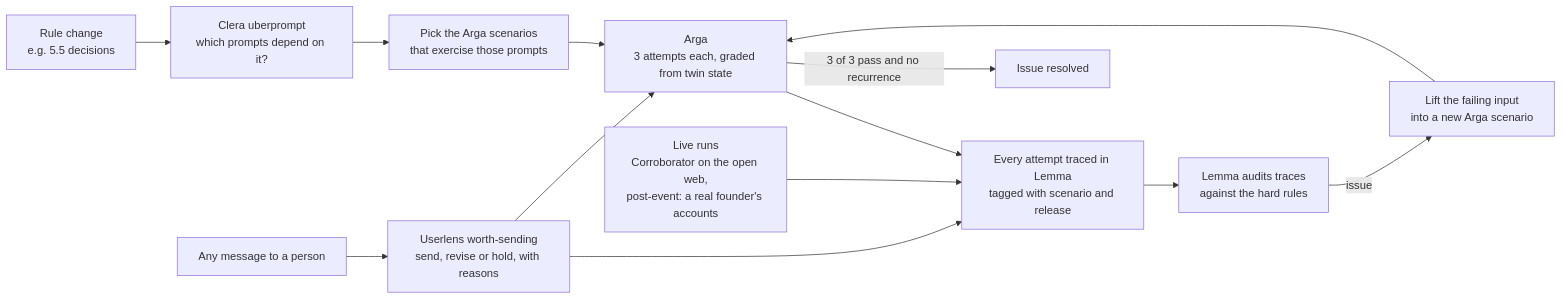
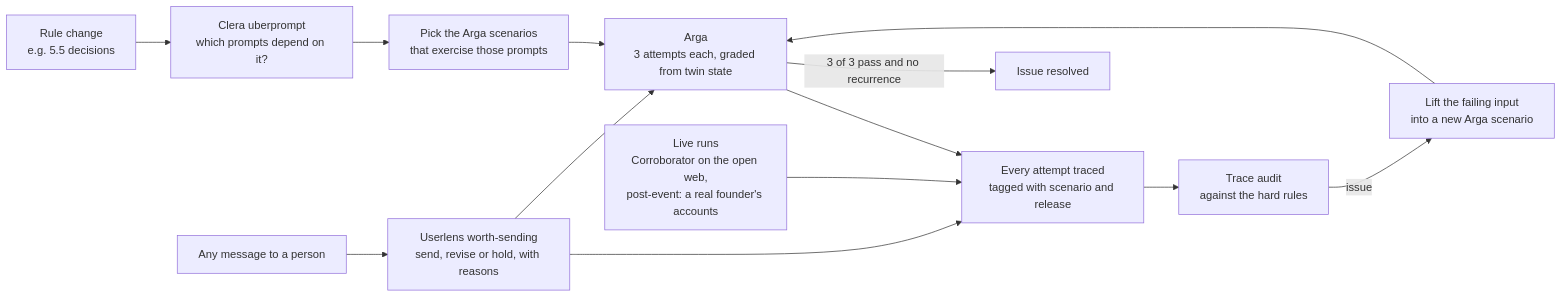
One commit to mehek-builds/exhibit changed the second of 2 diagrams in docs/PRD.md. Above: the diagram before and after it, drawn with Mermaid. The commit also changed other lines of this file and 29 other files, not shown here.

First line of the commit message:
Trace audit is Exhibit's own check; remove the external tracing service

````diff
--- a/docs/PRD.md
+++ b/docs/PRD.md
@@ -852,15 +850,15 @@
 ```mermaid
 flowchart LR
   CH[Rule change<br/>e.g. 5.5 decisions] --> UP[Clera uberprompt<br/>which prompts depend on it?]
   UP --> SC[Pick the Arga scenarios<br/>that exercise those prompts]
   SC --> AR[Arga<br/>3 attempts each, graded from twin state]
-  AR --> TR[Every attempt traced in Lemma<br/>tagged with scenario and release]
+  AR --> TR[Every attempt traced<br/>tagged with scenario and release]
   LIVE[Live runs<br/>Corroborator on the open web,<br/>post-event: a real founder's accounts] --> TR
-  TR --> LM[Lemma audits traces<br/>against the hard rules]
+  TR --> LM[Trace audit<br/>against the hard rules]
   LM -->|issue| FX[Lift the failing input<br/>into a new Arga scenario]
   FX --> AR
   AR -->|3 of 3 pass and no recurrence| RS[Issue resolved]
   MSG[Any message to a person] --> WS[Userlens worth-sending<br/>send, revise or hold, with reasons]
   WS --> TR
   WS --> AR
 ```
````
